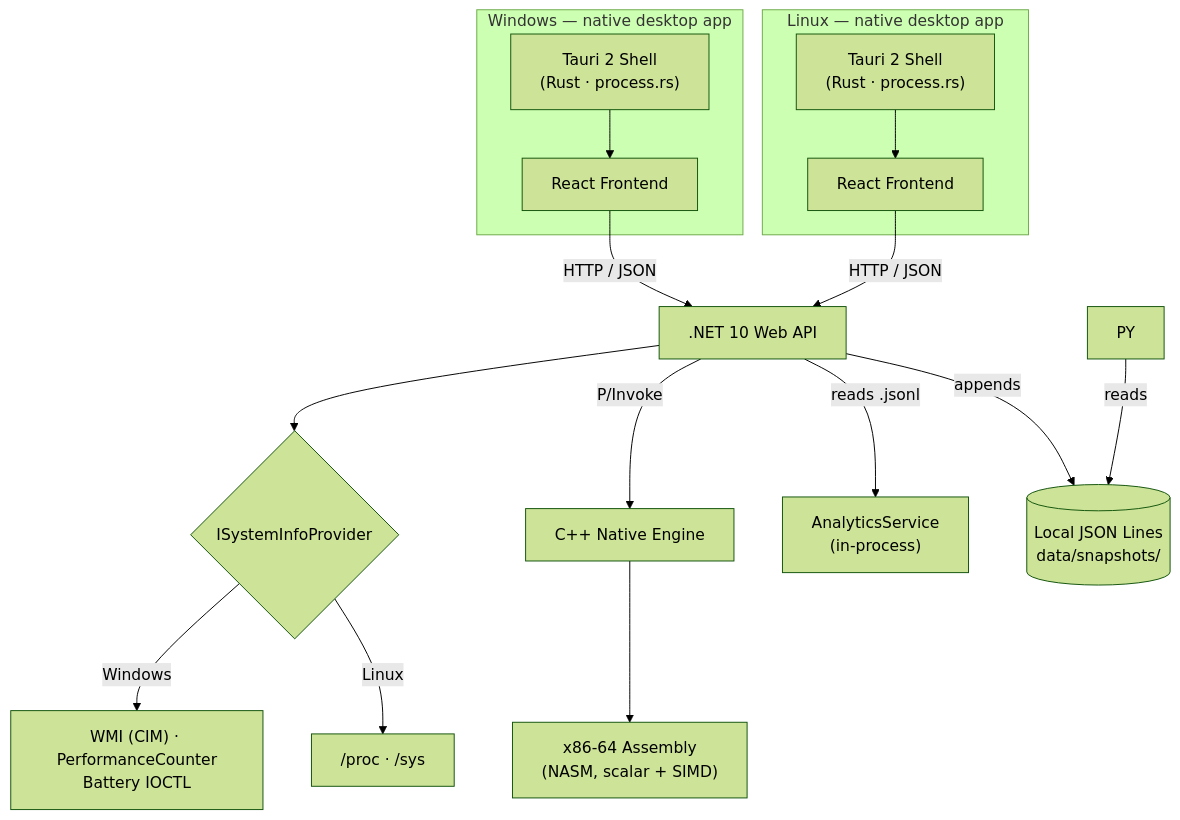
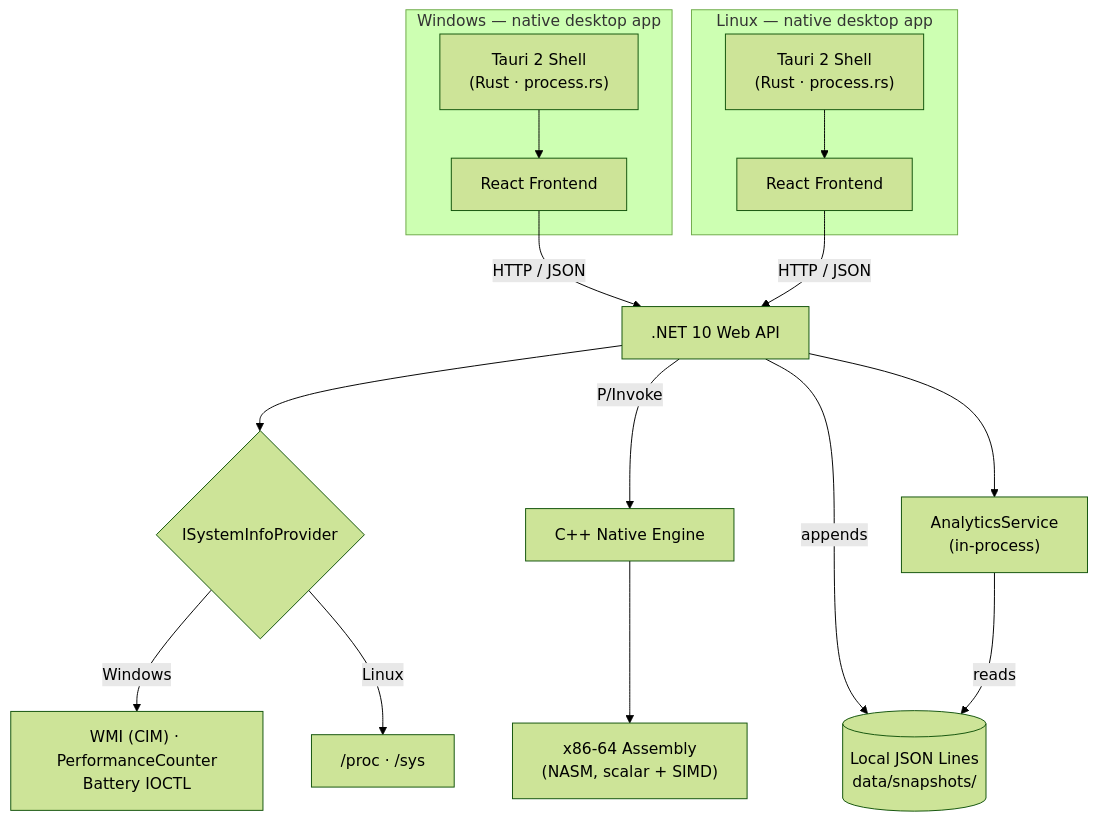
Before and after one commit to VipulSharma143/System-Info: the diagram in README.md, drawn with Mermaid (forest theme). The commit also changed other lines of this file and 13 other files, not shown here.

````diff
--- a/README.md
+++ b/README.md
@@ -46,21 +46,21 @@
 ```mermaid
 flowchart TB
     subgraph Windows["Windows — native desktop app"]
         TW["Tauri 2 Shell\n(Rust · process.rs)"] --> FEW[React Frontend]
     end
     subgraph Linux["Linux — native desktop app"]
         TL["Tauri 2 Shell\n(Rust · process.rs)"] --> FEL[React Frontend]
     end
 
     FEW -- "HTTP / JSON" --> API[".NET 10 Web API"]
     FEL -- "HTTP / JSON" --> API
 
     API --> PROV{ISystemInfoProvider}
     PROV -->|Windows| WINP["WMI (CIM) · PerformanceCounter\nBattery IOCTL"]
     PROV -->|Linux| LINP["/proc · /sys"]
 
     API -- "P/Invoke" --> CPP["C++ Native Engine"] --> ASM["x86-64 Assembly\n(NASM, scalar + SIMD)"]
-    API -- "reads .jsonl" --> AN["AnalyticsService\n(in-process)"]
+    API --> AN["AnalyticsService\n(in-process)"]
     API -- "appends" --> STORE[("Local JSON Lines\ndata/snapshots/")]
-    PY -- "reads" --> STORE
+    AN -- "reads" --> STORE
 ```
````
